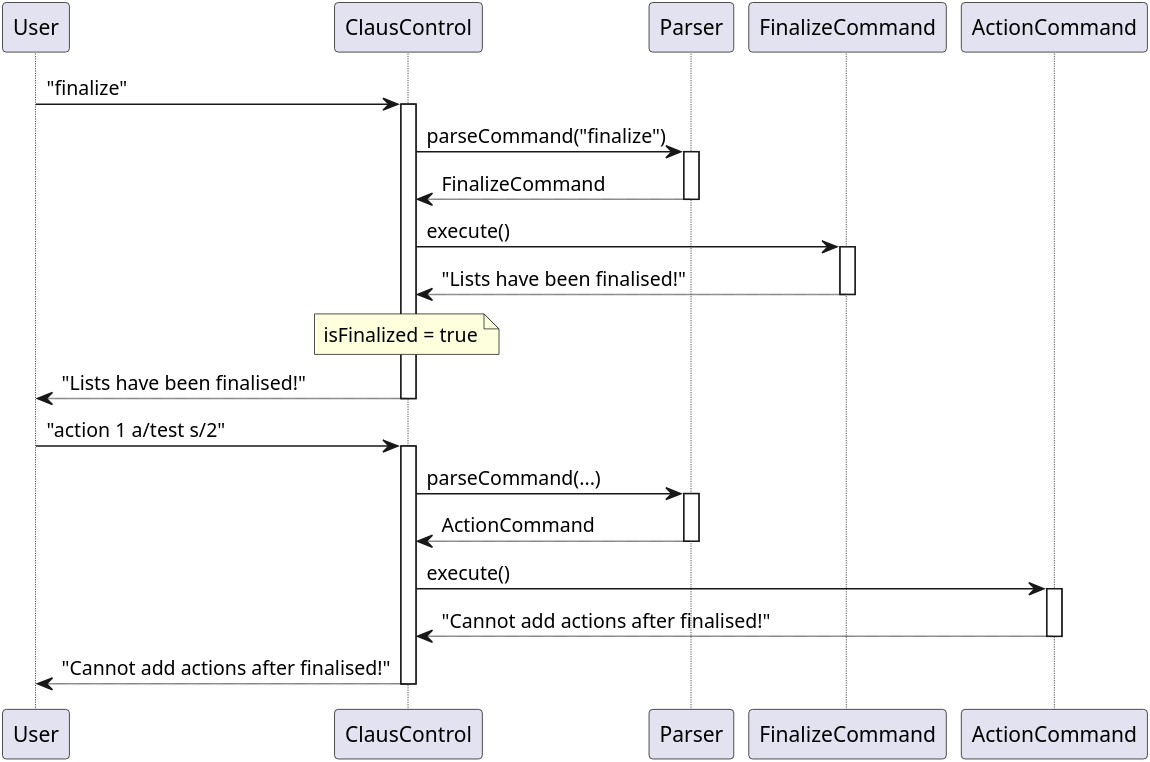
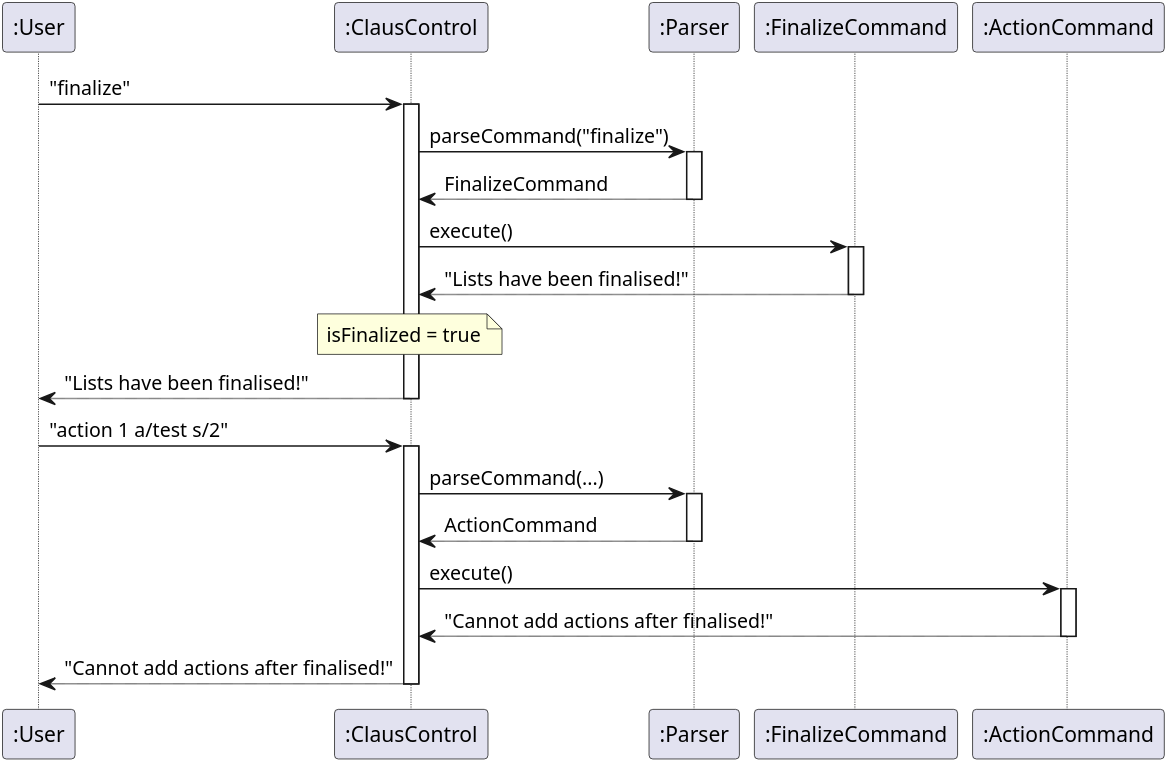
The diagram in docs/diagrams/FinalizeSequenceDiagram.puml (shrabasti-c/tp), drawn with PlantUML before and after one commit. The commit also changed 9 other files, not shown here.

Commit message:
Fix DG diagrams

```diff
--- a/docs/diagrams/FinalizeSequenceDiagram.puml
+++ b/docs/diagrams/FinalizeSequenceDiagram.puml
@@ -1,44 +1,44 @@
 @startuml
 skinparam dpi 600
 
-participant User
-participant ClausControl
-participant Parser
-participant FinalizeCommand
-participant ActionCommand
+participant ":User" as User
+participant ":ClausControl" as ClausControl
+participant ":Parser" as Parser
+participant ":FinalizeCommand" as FinalizeCommand
+participant ":ActionCommand" as ActionCommand
 
 User -> ClausControl: "finalize"
 activate ClausControl
 
 ClausControl -> Parser: parseCommand("finalize")
 activate Parser
 Parser --> ClausControl: FinalizeCommand
 deactivate Parser
 
 ClausControl -> FinalizeCommand: execute()
 activate FinalizeCommand
 FinalizeCommand --> ClausControl: "Lists have been finalised!"
 deactivate FinalizeCommand
 
 note over ClausControl : isFinalized = true
 
 ClausControl --> User: "Lists have been finalised!"
 deactivate ClausControl
 
 User -> ClausControl: "action 1 a/test s/2"
 activate ClausControl
 
 ClausControl -> Parser: parseCommand(...)
 activate Parser
 Parser --> ClausControl: ActionCommand
 deactivate Parser
 
 ClausControl -> ActionCommand: execute()
 activate ActionCommand
 ActionCommand --> ClausControl: "Cannot add actions after finalised!"
 deactivate ActionCommand
 
 ClausControl --> User: "Cannot add actions after finalised!"
 deactivate ClausControl
 
 @enduml
```
